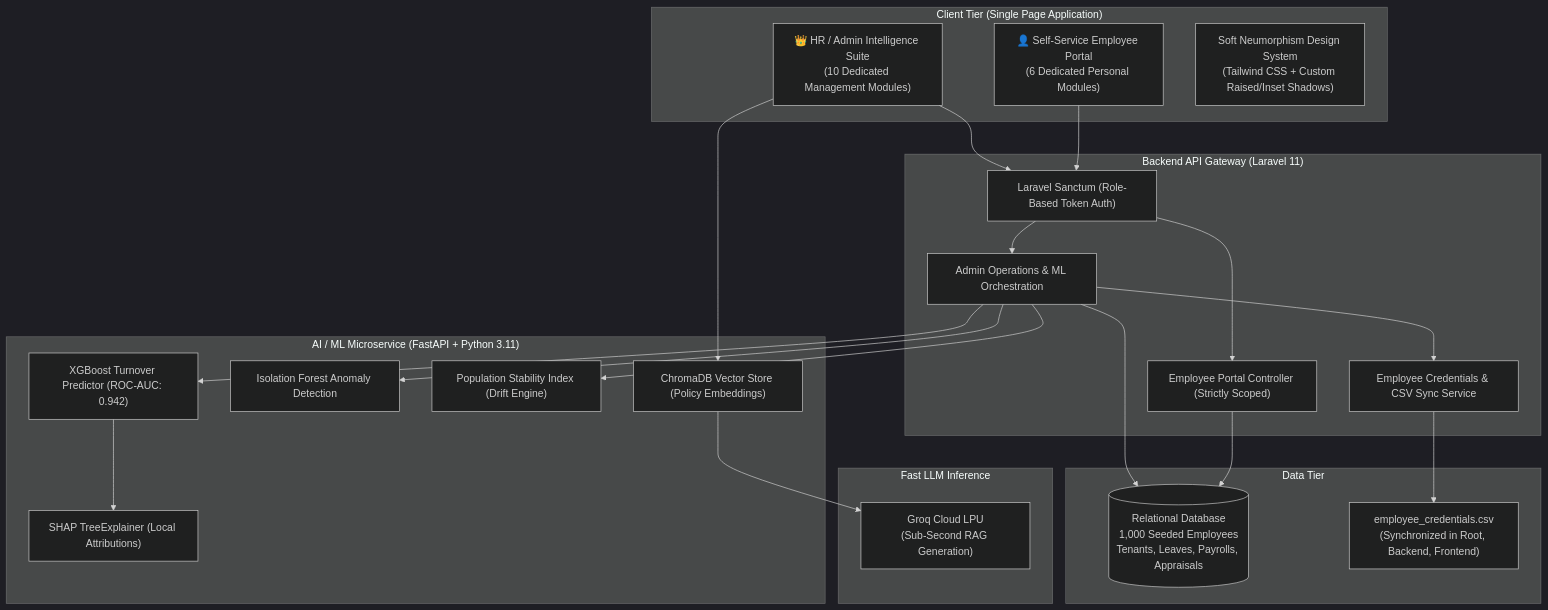
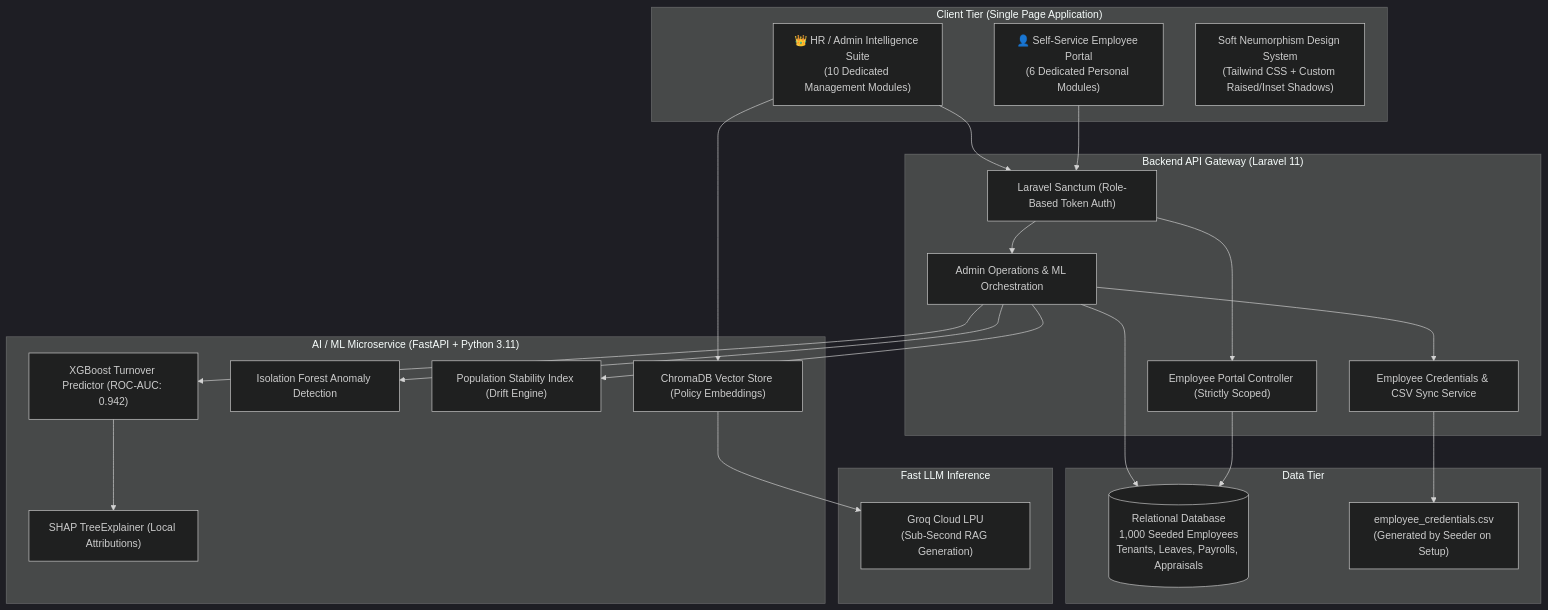
Before and after one commit to SMHC-hub/People-AI: the diagram in README.md, drawn with Mermaid (dark theme). The commit also changed other lines of this file and 1 other file, not shown here.

````diff
--- a/README.md
+++ b/README.md
@@ -16,48 +16,48 @@
 ```mermaid
 flowchart TB
     subgraph Client["Client Tier (Single Page Application)"]
         AdminPanel["👑 HR / Admin Intelligence Suite<br/>(10 Dedicated Management Modules)"]
         EmpPortal["👤 Self-Service Employee Portal<br/>(6 Dedicated Personal Modules)"]
         UIStyles["Soft Neumorphism Design System<br/>(Tailwind CSS + Custom Raised/Inset Shadows)"]
     end
 
     subgraph Gateway["Backend API Gateway (Laravel 11)"]
         Sanctum["Laravel Sanctum (Role-Based Token Auth)"]
         AdminCtrl["Admin Operations & ML Orchestration"]
         PortalCtrl["Employee Portal Controller (Strictly Scoped)"]
         CredService["Employee Credentials & CSV Sync Service"]
     end
 
     subgraph DataTier["Data Tier"]
         DB[("Relational Database<br/>1,000 Seeded Employees<br/>Tenants, Leaves, Payrolls, Appraisals")]
-        CSV["employee_credentials.csv<br/>(Synchronized in Root, Backend, Frontend)"]
+        CSV["employee_credentials.csv<br/>(Generated by Seeder on Setup)"]
     end
 
     subgraph MLTier["AI / ML Microservice (FastAPI + Python 3.11)"]
         XGB["XGBoost Turnover Predictor (ROC-AUC: 0.942)"]
         SHAP["SHAP TreeExplainer (Local Attributions)"]
         IsoForest["Isolation Forest Anomaly Detection"]
         PSI["Population Stability Index (Drift Engine)"]
         Chroma["ChromaDB Vector Store (Policy Embeddings)"]
     end
 
     subgraph Inference["Fast LLM Inference"]
         Groq["Groq Cloud LPU<br/>(Sub-Second RAG Generation)"]
     end
 
     AdminPanel --> Sanctum
     EmpPortal --> Sanctum
     Sanctum --> AdminCtrl
     Sanctum --> PortalCtrl
     AdminCtrl --> DB
     PortalCtrl --> DB
     AdminCtrl --> CredService
     CredService --> CSV
 
     AdminCtrl --> XGB
     AdminCtrl --> IsoForest
     AdminCtrl --> PSI
     XGB --> SHAP
     AdminPanel --> Chroma
     Chroma --> Groq
 ```
````
